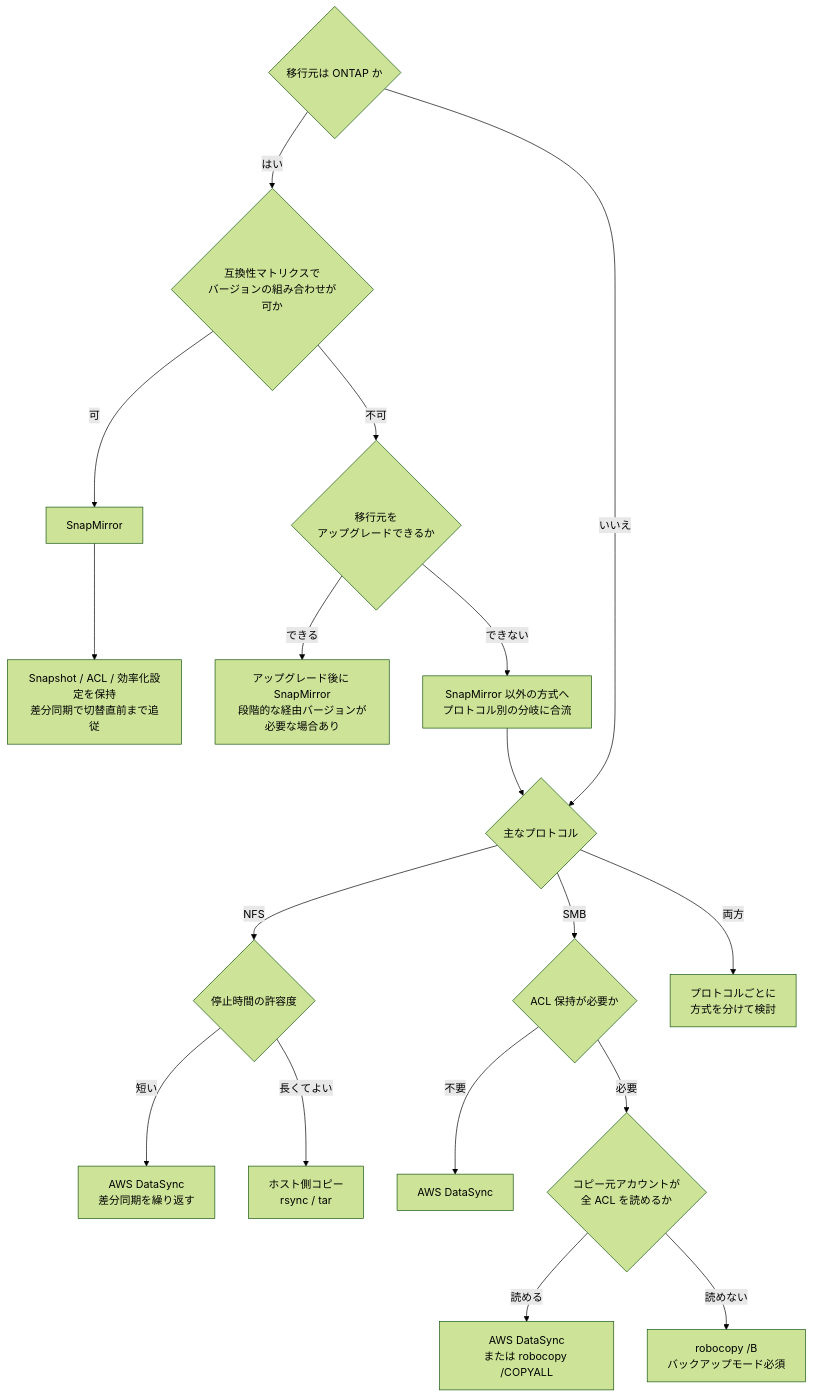
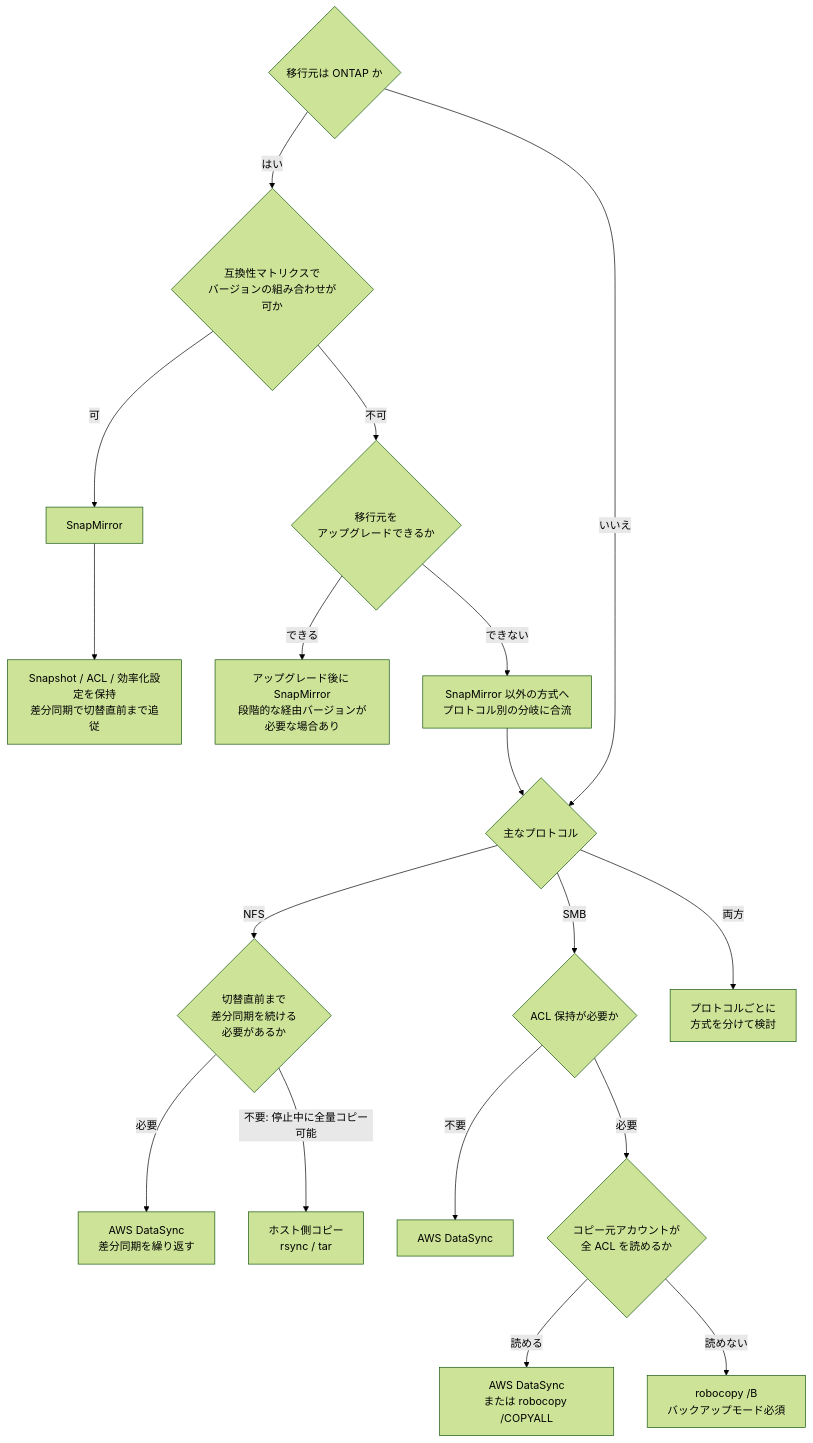
The diagram in docs/ja/reference/decision-trees/migration-method.md (Yoshiki0705/FSx-for-ONTAP-Adoption-Playbook), drawn with Mermaid (forest theme) before and after one commit. The commit also changed other lines of this file and 257 other files, not shown here.

````diff
--- a/docs/ja/reference/decision-trees/migration-method.md
+++ b/docs/ja/reference/decision-trees/migration-method.md
@@ -37,27 +37,27 @@
 ```mermaid
 graph TD
     S{移行元は ONTAP か} -->|はい| VC{互換性マトリクスで<br/>バージョンの組み合わせが可か}
     S -->|いいえ| P{主なプロトコル}
 
     VC -->|可| SM[SnapMirror]
     VC -->|不可| UP{移行元を<br/>アップグレードできるか}
 
     UP -->|できる| UP1[アップグレード後に SnapMirror<br/>段階的な経由バージョンが必要な場合あり]
     UP -->|できない| UP2[SnapMirror 以外の方式へ<br/>プロトコル別の分岐に合流]
     UP2 --> P
 
     SM --> SM1[Snapshot / ACL / 効率化設定を保持<br/>差分同期で切替直前まで追従]
 
-    P -->|NFS| N{停止時間の許容度}
+    P -->|NFS| N{切替直前まで<br/>差分同期を続ける<br/>必要があるか}
     P -->|SMB| M{ACL 保持が必要か}
     P -->|両方| B[プロトコルごとに<br/>方式を分けて検討]
 
-    N -->|短い| N1[AWS DataSync<br/>差分同期を繰り返す]
-    N -->|長くてよい| N2[ホスト側コピー<br/>rsync / tar]
+    N -->|必要| N1[AWS DataSync<br/>差分同期を繰り返す]
+    N -->|不要: 停止中に全量コピー可能| N2[ホスト側コピー<br/>rsync / tar]
 
     M -->|不要| M1[AWS DataSync]
     M -->|必要| A{コピー元アカウントが<br/>全 ACL を読めるか}
 
     A -->|読める| A1[AWS DataSync<br/>または robocopy /COPYALL]
     A -->|読めない| A2[robocopy /B<br/>バックアップモード必須]
 ```
````
